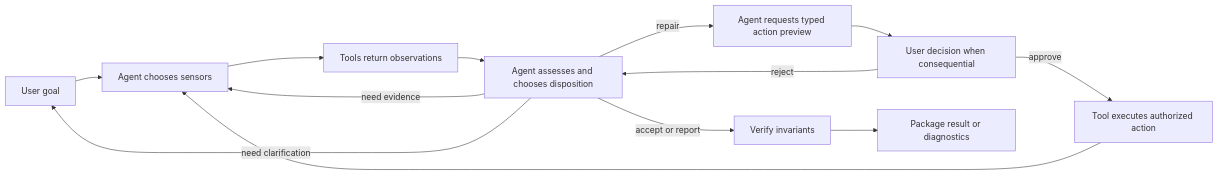
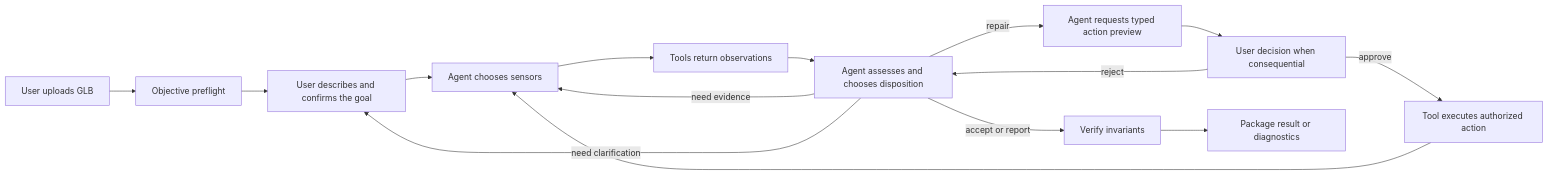
The diagram in docs/AGENT_ORCHESTRATED_WORKFLOW.md (jcgennaro/asset-shepherd), drawn with Mermaid before and after one commit. The commit also changed other lines of this file and 19 other files, not shown here.

````diff
--- a/docs/AGENT_ORCHESTRATED_WORKFLOW.md
+++ b/docs/AGENT_ORCHESTRATED_WORKFLOW.md
@@ -95,15 +95,17 @@
 ```mermaid
 flowchart LR
-    U[User goal] --> A[Agent chooses sensors]
+    F[User uploads GLB] --> R[Objective preflight]
+    R --> U[User describes and confirms the goal]
+    U --> A[Agent chooses sensors]
     A --> S[Tools return observations]
     S --> J[Agent assesses and chooses disposition]
     J -->|accept or report| V[Verify invariants]
     J -->|need evidence| A
     J -->|need clarification| U
     J -->|repair| P[Agent requests typed action preview]
     P --> H[User decision when consequential]
     H -->|approve| X[Tool executes authorized action]
     H -->|reject| J
     X --> A
     V --> K[Package result or diagnostics]
 ```
````
